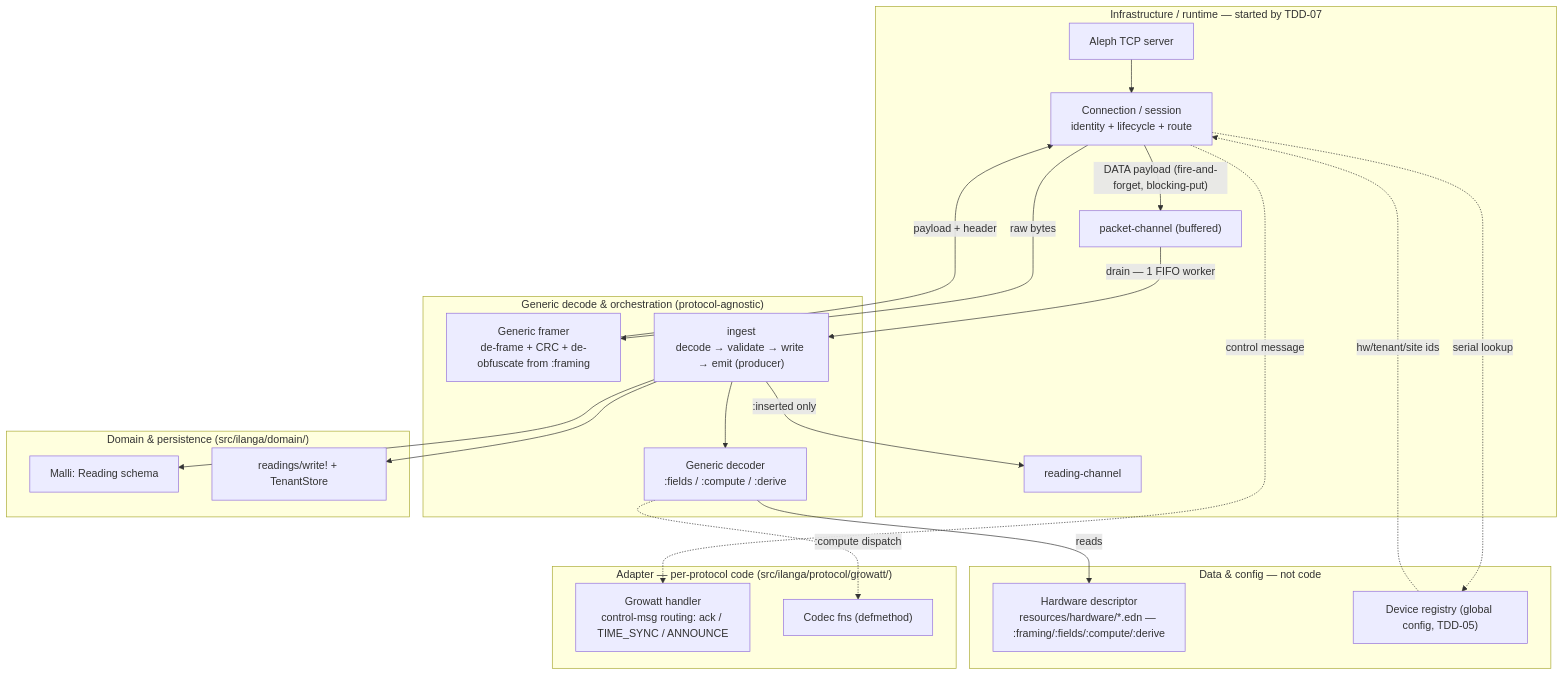
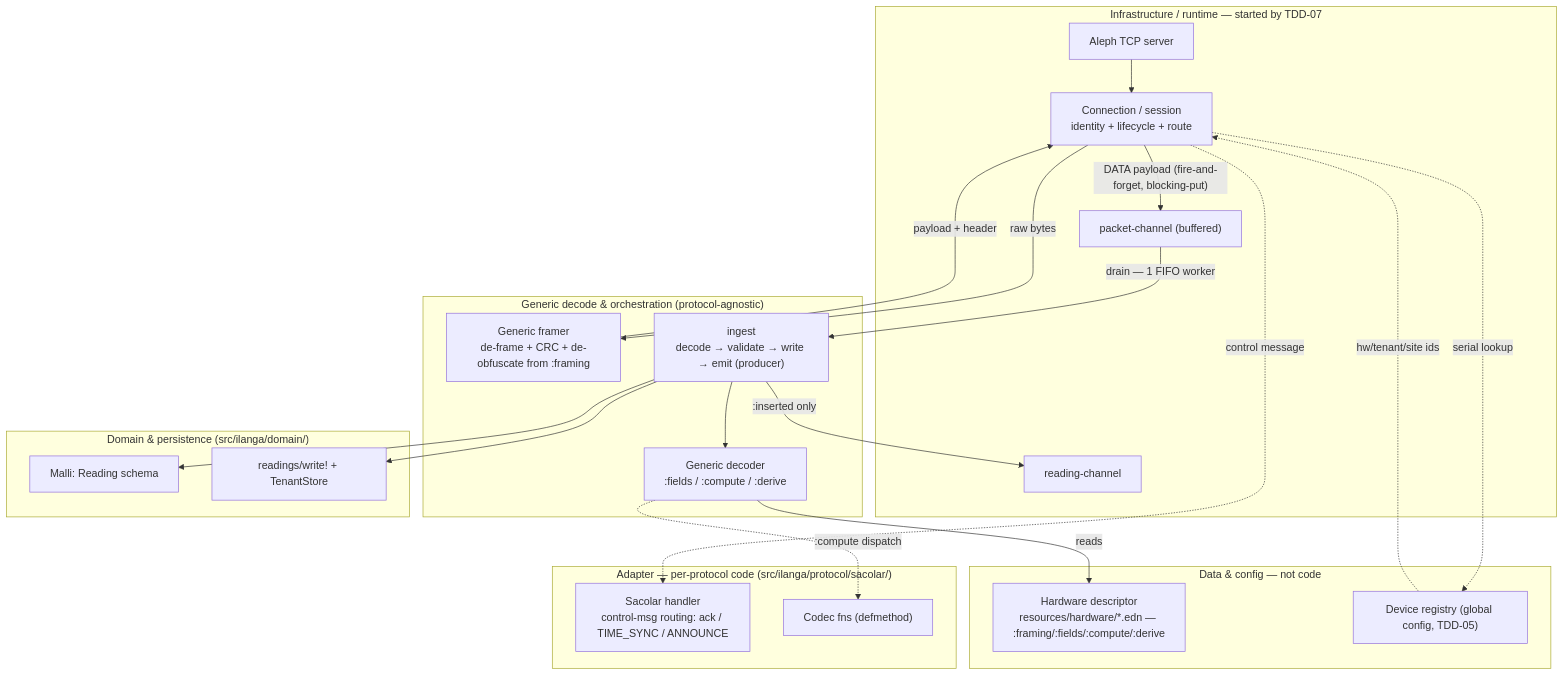
One commit to GomoSDG/ilanga changed the diagram in doc/design/01-ingestion-device-identity.md. Above: the diagram before and after it, drawn with Mermaid. The commit also changed other lines of this file and 9 other files, not shown here.

````diff
--- a/doc/design/01-ingestion-device-identity.md
+++ b/doc/design/01-ingestion-device-identity.md
@@ -18,41 +18,41 @@
 ```mermaid
 flowchart TD
     subgraph INFRA["Infrastructure / runtime — started by TDD-07"]
         T["Aleph TCP server"]
         S["Connection / session<br/>identity + lifecycle + route"]
         PC["packet-channel (buffered)"]
         RC["reading-channel"]
     end
     subgraph GENERIC["Generic decode & orchestration (protocol-agnostic)"]
         FR["Generic framer<br/>de-frame + CRC + de-obfuscate from :framing"]
         D["Generic decoder<br/>:fields / :compute / :derive"]
         IG["ingest<br/>decode → validate → write → emit (producer)"]
     end
-    subgraph ADAPTER["Adapter — per-protocol code (src/ilanga/protocol/growatt/)"]
-        H["Growatt handler<br/>control-msg routing: ack / TIME_SYNC / ANNOUNCE"]
+    subgraph ADAPTER["Adapter — per-protocol code (src/ilanga/protocol/sacolar/)"]
+        H["Sacolar handler<br/>control-msg routing: ack / TIME_SYNC / ANNOUNCE"]
         K["Codec fns (defmethod)"]
     end
     subgraph DATA["Data & config — not code"]
         DESC["Hardware descriptor<br/>resources/hardware/*.edn — :framing/:fields/:compute/:derive"]
         REG["Device registry (global config, TDD-05)"]
     end
     subgraph DOMAIN["Domain & persistence (src/ilanga/domain/)"]
         M["Malli: Reading schema"]
         W["readings/write! + TenantStore"]
     end
 
     T --> S
     S -->|raw bytes| FR
     FR -->|payload + header| S
     S -.->|control message| H
     S -.->|serial lookup| REG
     REG -.->|hw/tenant/site ids| S
     S -->|"DATA payload (fire-and-forget, blocking-put)"| PC
     PC -->|drain — 1 FIFO worker| IG
     IG --> D
     D -->|reads| DESC
     D -.->|:compute dispatch| K
     IG --> M
     IG --> W
     IG -->|:inserted only| RC
 ```
````
